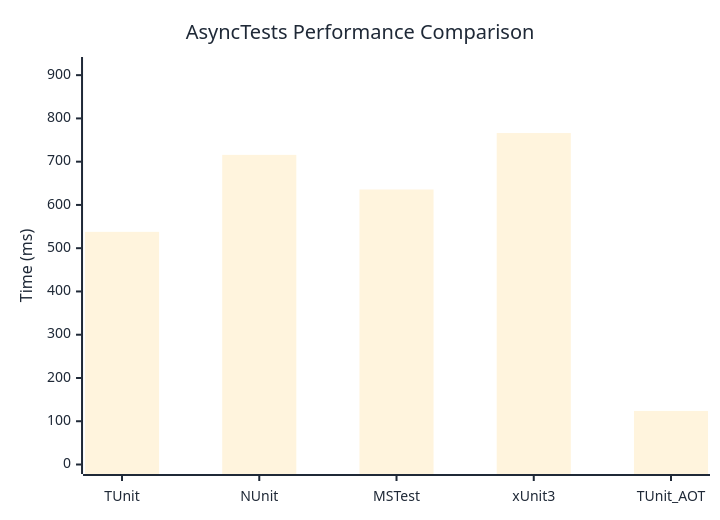
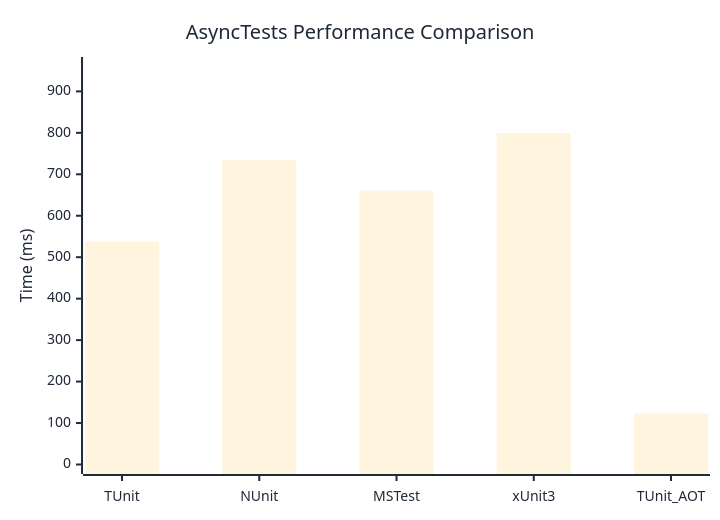
Before and after one commit to thomhurst/TUnit: the diagram in docs/docs/benchmarks/AsyncTests.md, drawn with Mermaid. The commit also changed other lines of this file and 17 other files, not shown here.

````diff
--- a/docs/docs/benchmarks/AsyncTests.md
+++ b/docs/docs/benchmarks/AsyncTests.md
@@ -27,37 +27,37 @@
 ```mermaid
 %%{init: {
   'theme':'base',
   'themeVariables': {
     'primaryColor': '#2563eb',
     'primaryTextColor': '#1f2937',
     'primaryBorderColor': '#1e40af',
     'lineColor': '#6b7280',
     'secondaryColor': '#7c3aed',
     'tertiaryColor': '#dc2626',
     'background': '#ffffff',
     'mainBkg': '#2563eb',
     'secondBkg': '#7c3aed',
     'tertiaryBkg': '#dc2626',
     'clusterBkg': '#f3f4f6',
     'edgeLabelBackground': '#ffffff',
     'tertiaryTextColor': '#1f2937',
     'pie1': '#2563eb',
     'pie2': '#7c3aed',
     'pie3': '#dc2626',
     'pie4': '#f59e0b',
     'pie5': '#10b981',
     'pie6': '#06b6d4',
     'pie7': '#ec4899',
     'pie8': '#6366f1',
     'pie9': '#84cc16',
     'pie10': '#f97316',
     'pie11': '#14b8a6',
     'pie12': '#a855f7'
   }
 }}%%
 xychart-beta
   title "AsyncTests Performance Comparison"
   x-axis ["TUnit", "NUnit", "MSTest", "xUnit3", "TUnit_AOT"]
-  y-axis "Time (ms)" 0 --> 920
-  bar [537.8, 715.7, 635.7, 766.2, 123.8]
+  y-axis "Time (ms)" 0 --> 960
+  bar [537.6, 733.9, 660.5, 799.3, 123.1]
 ```
````
